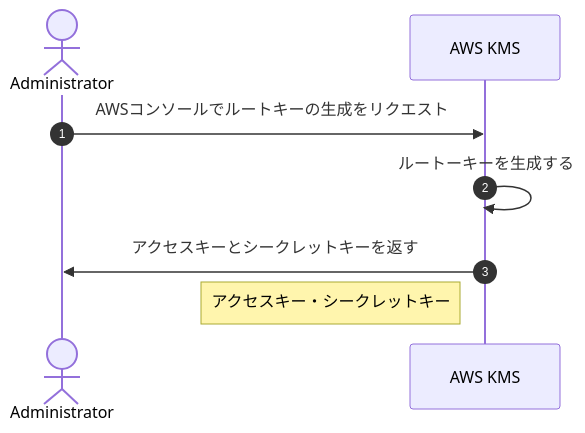
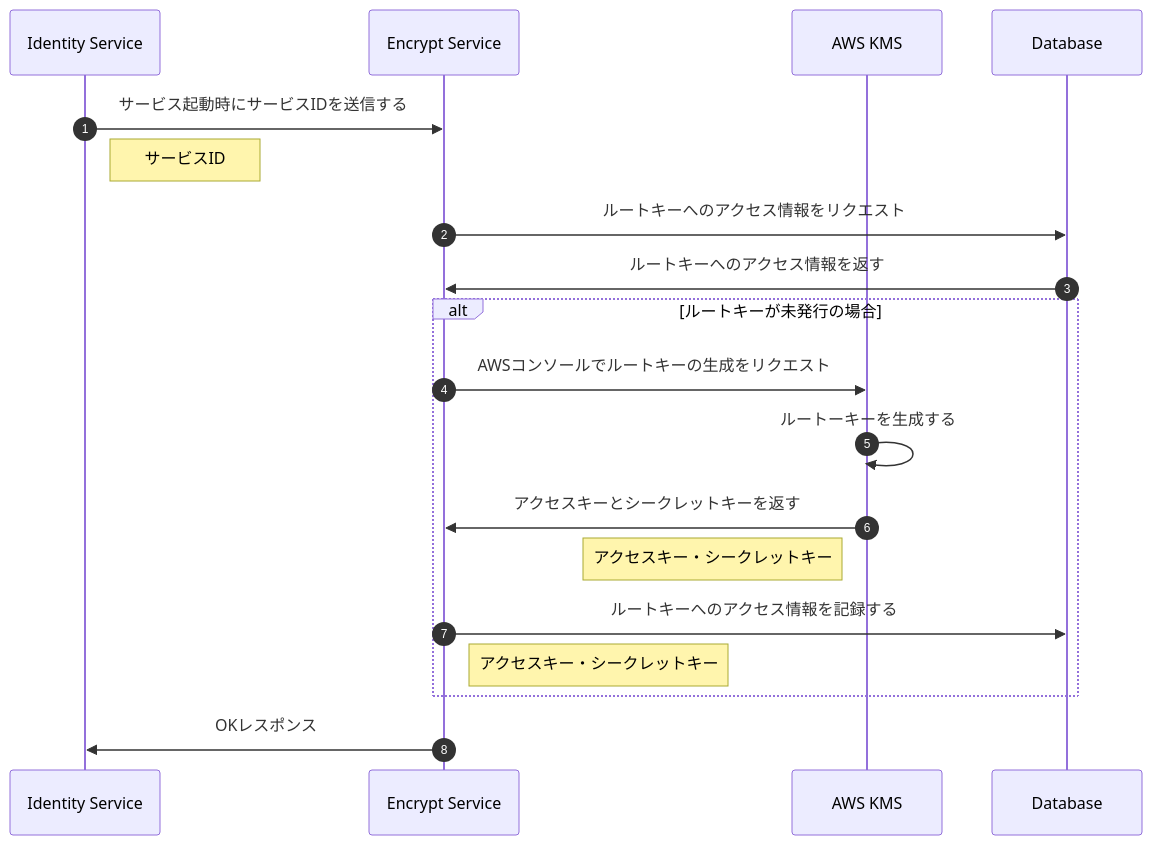
Before and after one commit to azarasi1226/inaba-backend: the first of 3 diagrams in encrypt/README.MD, drawn with Mermaid.

Commit message:
ルートキー処理シーケンスで人がコンソールを操作するのを止め、自動化

````diff
--- a/encrypt/README.MD
+++ b/encrypt/README.MD
@@ -9,10 +9,21 @@
 ```mermaid
 sequenceDiagram
     autonumber
-    actor administrator as Administrator
+    participant identity_service as Identity Service
+    participant encrypt_service as Encrypt Service
     participant aws_kms as AWS KMS
-    administrator->>aws_kms: AWSコンソールでルートキーの生成をリクエスト
-    aws_kms->>aws_kms: ルートーキーを生成する
-    aws_kms->>administrator: アクセスキーとシークレットキーを返す
-    Note left of aws_kms: アクセスキー・シークレットキー
+    participant db as Database
+    identity_service->>encrypt_service: サービス起動時にサービスIDを送信する
+    Note right of identity_service: サービスID
+    encrypt_service->>db: ルートキーへのアクセス情報をリクエスト
+    db->>encrypt_service: ルートキーへのアクセス情報を返す
+    alt ルートキーが未発行の場合
+        encrypt_service->>aws_kms: AWSコンソールでルートキーの生成をリクエスト
+        aws_kms->>aws_kms: ルートーキーを生成する
+        aws_kms->>encrypt_service: アクセスキーとシークレットキーを返す
+        Note left of aws_kms: アクセスキー・シークレットキー
+        encrypt_service->>db: ルートキーへのアクセス情報を記録する
+        Note right of encrypt_service: アクセスキー・シークレットキー
+    end
+    encrypt_service->>identity_service: OKレスポンス
 ```
````
